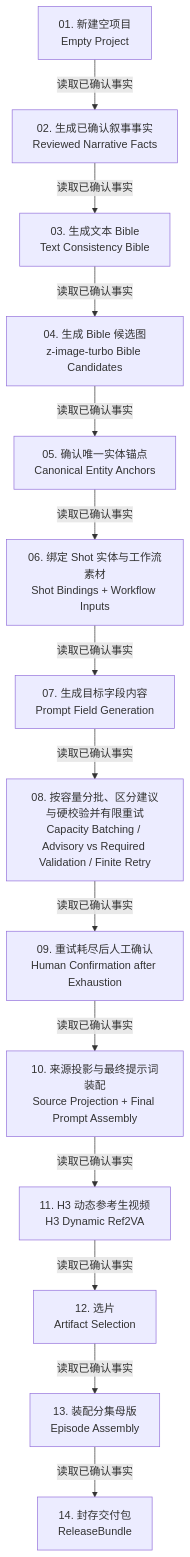
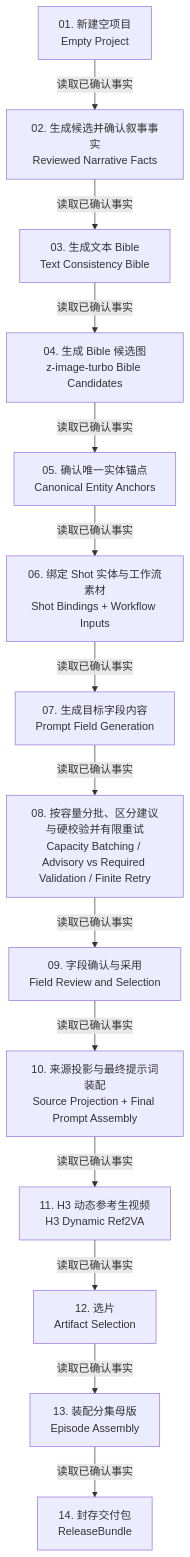
One commit to llcc0034/autocreatevideo changed the second of 2 diagrams in docs/system-settings-beginner-guide.md. Above: the diagram before and after it, drawn with Mermaid. The commit also changed other lines of this file and 2353 other files, not shown here.

First line of the commit message:
feat: unify production execution and configurable prompt workflows

````diff
--- a/docs/system-settings-beginner-guide.md
+++ b/docs/system-settings-beginner-guide.md
@@ -309,30 +317,30 @@
 ```mermaid
 flowchart TD
   node_production_empty_project["01. 新建空项目<br/>Empty Project"]
-  node_production_ai_script["02. 生成已确认叙事事实<br/>Reviewed Narrative Facts"]
+  node_production_ai_script["02. 生成候选并确认叙事事实<br/>Reviewed Narrative Facts"]
   node_production_text_bible["03. 生成文本 Bible<br/>Text Consistency Bible"]
   node_production_bible_candidates["04. 生成 Bible 候选图<br/>z-image-turbo Bible Candidates"]
   node_production_entity_anchors["05. 确认唯一实体锚点<br/>Canonical Entity Anchors"]
   node_production_shot_bindings["06. 绑定 Shot 实体与工作流素材<br/>Shot Bindings + Workflow Inputs"]
   node_production_prompt_field_generation["07. 生成目标字段内容<br/>Prompt Field Generation"]
   node_production_prompt_field_validation["08. 按容量分批、区分建议与硬校验并有限重试<br/>Capacity Batching / Advisory vs Required Validation / Finite Retry"]
-  node_production_prompt_human_confirmation["09. 重试耗尽后人工确认<br/>Human Confirmation after Exhaustion"]
+  node_production_prompt_human_confirmation["09. 字段确认与采用<br/>Field Review and Selection"]
   node_production_prompt_compile["10. 来源投影与最终提示词装配<br/>Source Projection + Final Prompt Assembly"]
   node_production_h3_ref2va["11. H3 动态参考生视频<br/>H3 Dynamic Ref2VA"]
   node_production_artifact_selection["12. 选片<br/>Artifact Selection"]
   node_production_assembly["13. 装配分集母版<br/>Episode Assembly"]
   node_production_release_bundle["14. 封存交付包<br/>ReleaseBundle"]
   node_production_empty_project -->|读取已确认事实| node_production_ai_script
   node_production_ai_script -->|读取已确认事实| node_production_text_bible
   node_production_text_bible -->|读取已确认事实| node_production_bible_candidates
   node_production_bible_candidates -->|读取已确认事实| node_production_entity_anchors
   node_production_entity_anchors -->|读取已确认事实| node_production_shot_bindings
   node_production_shot_bindings -->|读取已确认事实| node_production_prompt_field_generation
   node_production_prompt_field_generation -->|读取已确认事实| node_production_prompt_field_validation
   node_production_prompt_field_validation -->|读取已确认事实| node_production_prompt_human_confirmation
   node_production_prompt_human_confirmation -->|读取已确认事实| node_production_prompt_compile
   node_production_prompt_compile -->|读取已确认事实| node_production_h3_ref2va
   node_production_h3_ref2va -->|读取已确认事实| node_production_artifact_selection
   node_production_artifact_selection -->|读取已确认事实| node_production_assembly
   node_production_assembly -->|读取已确认事实| node_production_release_bundle
 ```
````
